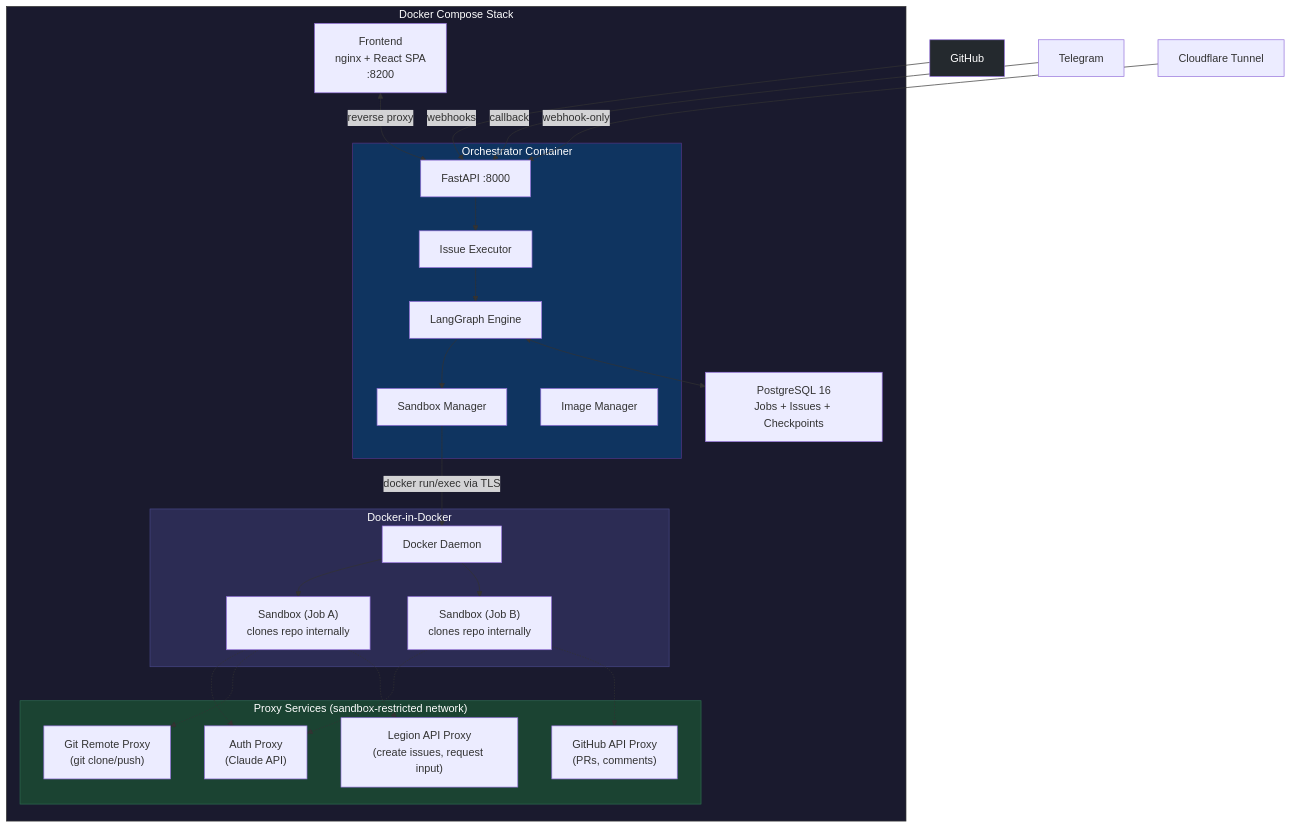
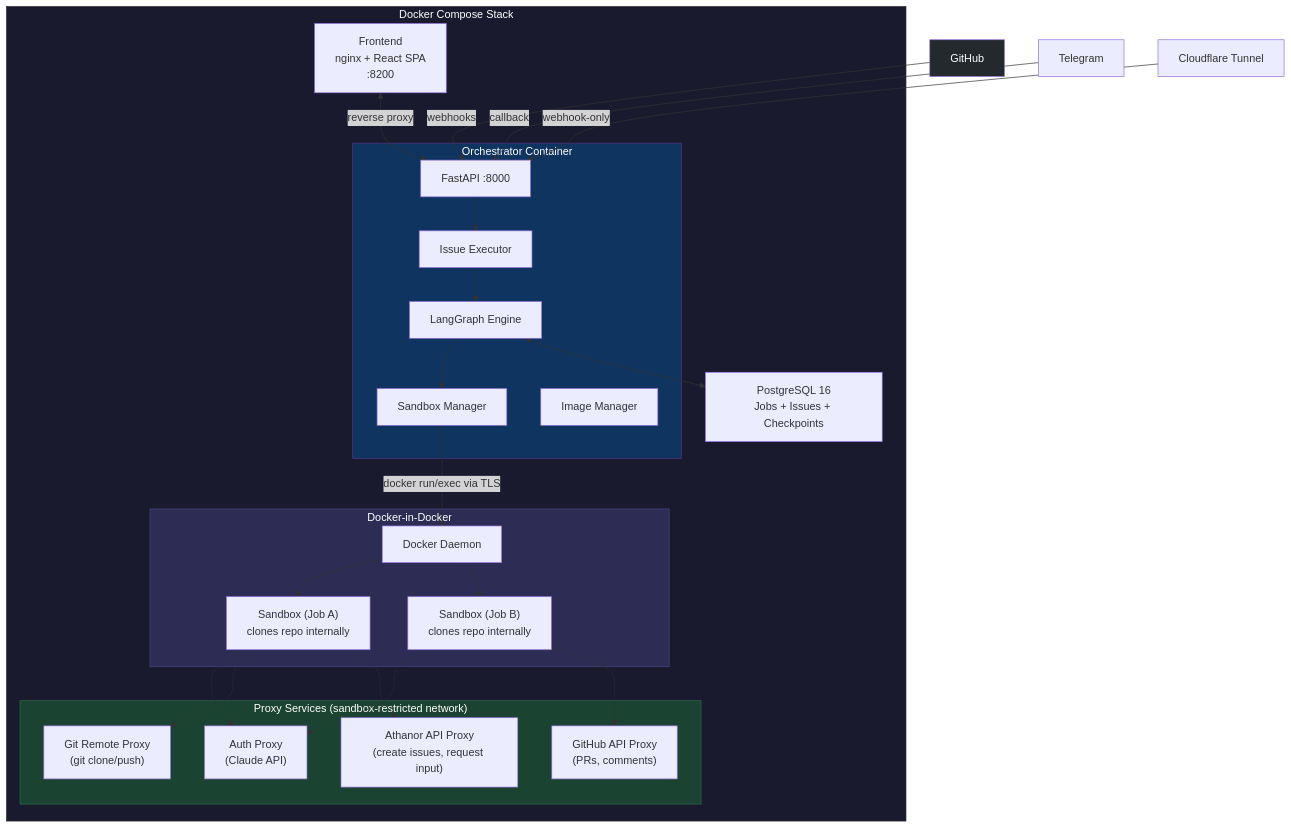
The second of 10 diagrams in docs/architecture.md (sudoTomas/embry0), drawn with Mermaid before and after one commit. The commit also changed other lines of this file and 2 other files, not shown here.

First line of the commit message:
docs: rename Legion → embry0 across active documentation

````diff
--- a/docs/architecture.md
+++ b/docs/architecture.md
@@ -41,53 +41,53 @@
 ```mermaid
 graph TB
     subgraph Stack["Docker Compose Stack"]
         FE["Frontend<br/>nginx + React SPA<br/>:8200"]
 
         subgraph Orchestrator["Orchestrator Container"]
             API["FastAPI :8000"]
             LG["LangGraph Engine"]
             EX["Issue Executor"]
             SM["Sandbox Manager"]
             IM["Image Manager"]
         end
 
         subgraph Proxies["Proxy Services (sandbox-restricted network)"]
             AP["Auth Proxy<br/>(Claude API)"]
             GP["Git Remote Proxy<br/>(git clone/push)"]
             GHP["GitHub API Proxy<br/>(PRs, comments)"]
-            LP["Legion API Proxy<br/>(create issues, request input)"]
+            LP["Athanor API Proxy<br/>(create issues, request input)"]
         end
 
         PG["PostgreSQL 16<br/>Jobs + Issues + Checkpoints"]
 
         subgraph DinD["Docker-in-Docker"]
             DD["Docker Daemon"]
             S1["Sandbox (Job A)<br/>clones repo internally"]
             S2["Sandbox (Job B)<br/>clones repo internally"]
         end
     end
 
     FE <-->|reverse proxy| API
     API --> EX
     EX --> LG
     LG --> SM
     SM -->|"docker run/exec via TLS"| DD
     DD --> S1
     DD --> S2
     S1 -.-> AP
     S1 -.-> GP
     S1 -.-> LP
     S2 -.-> AP
     S2 -.-> GHP
     LG <--> PG
 
     GH["GitHub"] -->|webhooks| API
     TG["Telegram"] -->|callback| API
     CF["Cloudflare Tunnel"] -->|webhook-only| API
 
     style Stack fill:#1a1a2e,stroke:#333,color:#fff
     style Orchestrator fill:#0f3460,stroke:#533483,color:#fff
     style Proxies fill:#1b4332,stroke:#2d6a4f,color:#fff
     style DinD fill:#2c2c54,stroke:#474787,color:#fff
     style GH fill:#24292e,color:#fff
 ```
````
